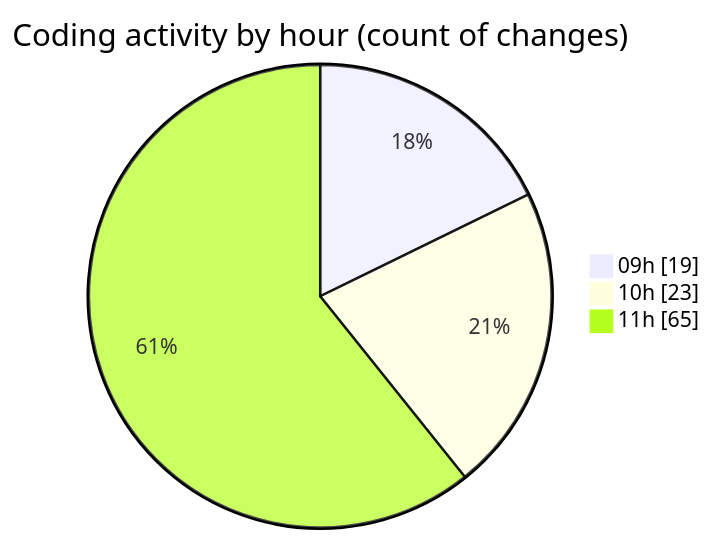
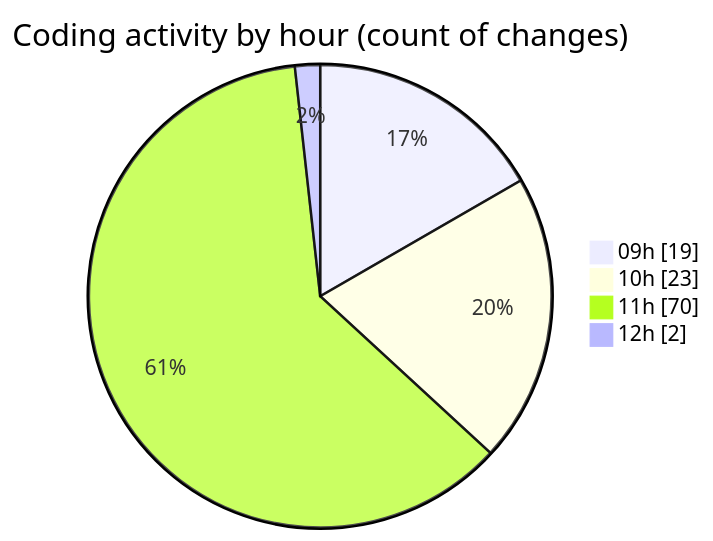
The second of 2 diagrams in 2026-02-12/cda/README.md (momahboobian/code-tracking), drawn with Mermaid before and after one commit. The commit also changed other lines of this file and 1 other file, not shown here.

````diff
--- a/2026-02-12/cda/README.md
+++ b/2026-02-12/cda/README.md
@@ -38,7 +38,8 @@
 ```mermaid
 pie showData
 title Coding activity by hour (count of changes)
 "09h" : 19
 "10h" : 23
-"11h" : 65
+"11h" : 70
+"12h" : 2
 ```
````
